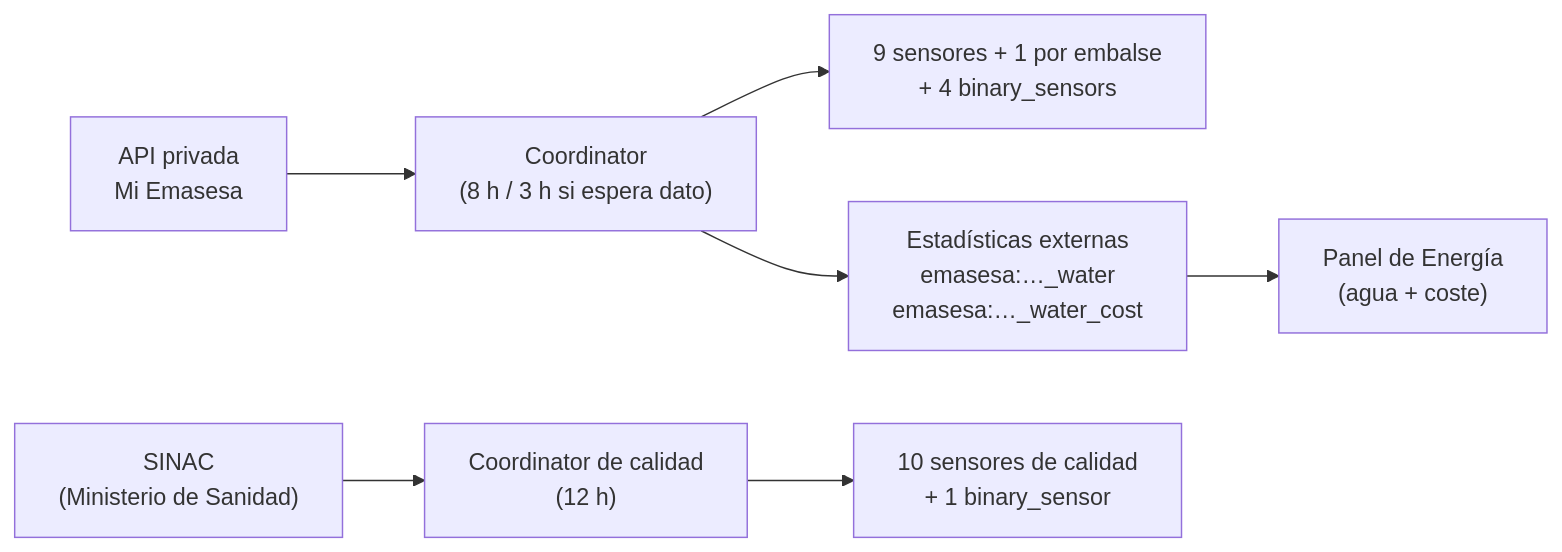
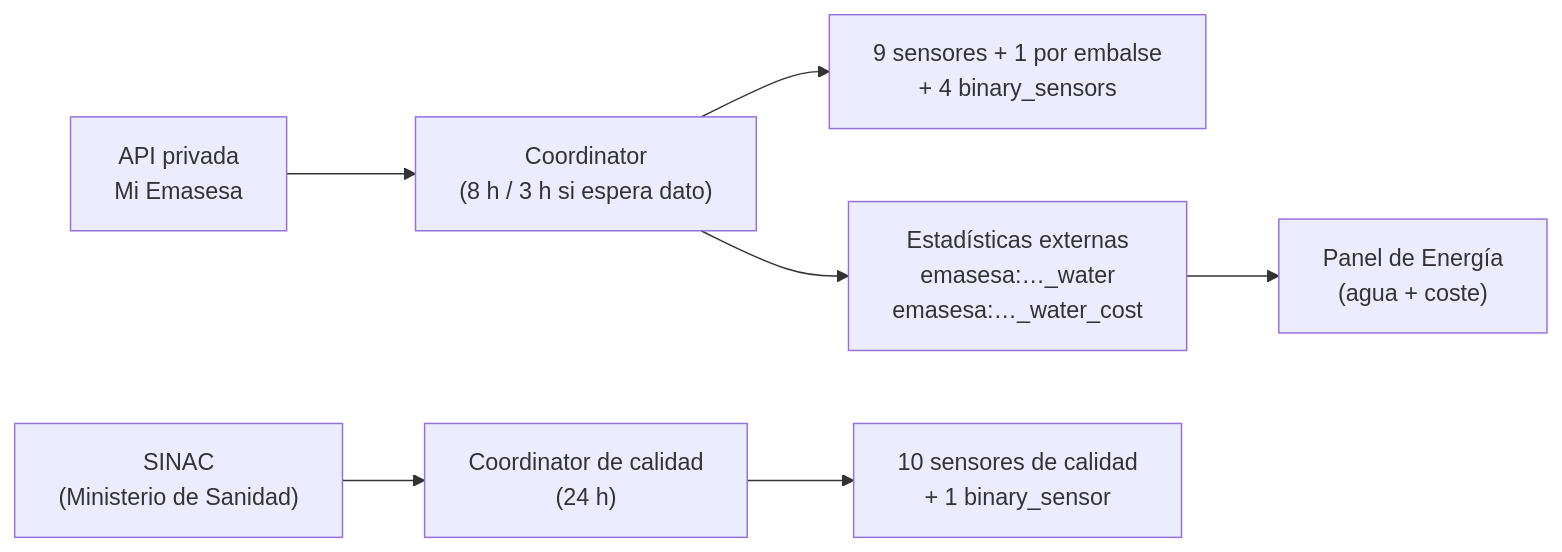
One commit to badbugssoftware/ha-emasesa changed the diagram in README.md. Above: the diagram before and after it, drawn with Mermaid. The commit also changed other lines of this file and 1 other file, not shown here.

Commit message:
perf: consultar SINAC una vez al día en vez de dos
Los análisis de control se toman 2 o 3 veces por semana y llegan a SINAC
con más de una semana de retraso; los completos, una vez al mes. Consultar
cada 12 h no adelantaba ningún dato.

````diff
--- a/README.md
+++ b/README.md
@@ -83,9 +83,9 @@
 ```mermaid
 flowchart LR
     A["API privada<br/>Mi Emasesa"] --> B["Coordinator<br/>(8 h / 3 h si espera dato)"]
     B --> C["9 sensores + 1 por embalse<br/>+ 4 binary_sensors"]
     B --> D["Estadísticas externas<br/>emasesa:…_water<br/>emasesa:…_water_cost"]
     D --> E["Panel de Energía<br/>(agua + coste)"]
-    F["SINAC<br/>(Ministerio de Sanidad)"] --> G["Coordinator de calidad<br/>(12 h)"]
+    F["SINAC<br/>(Ministerio de Sanidad)"] --> G["Coordinator de calidad<br/>(24 h)"]
     G --> H["10 sensores de calidad<br/>+ 1 binary_sensor"]
 ```
````
